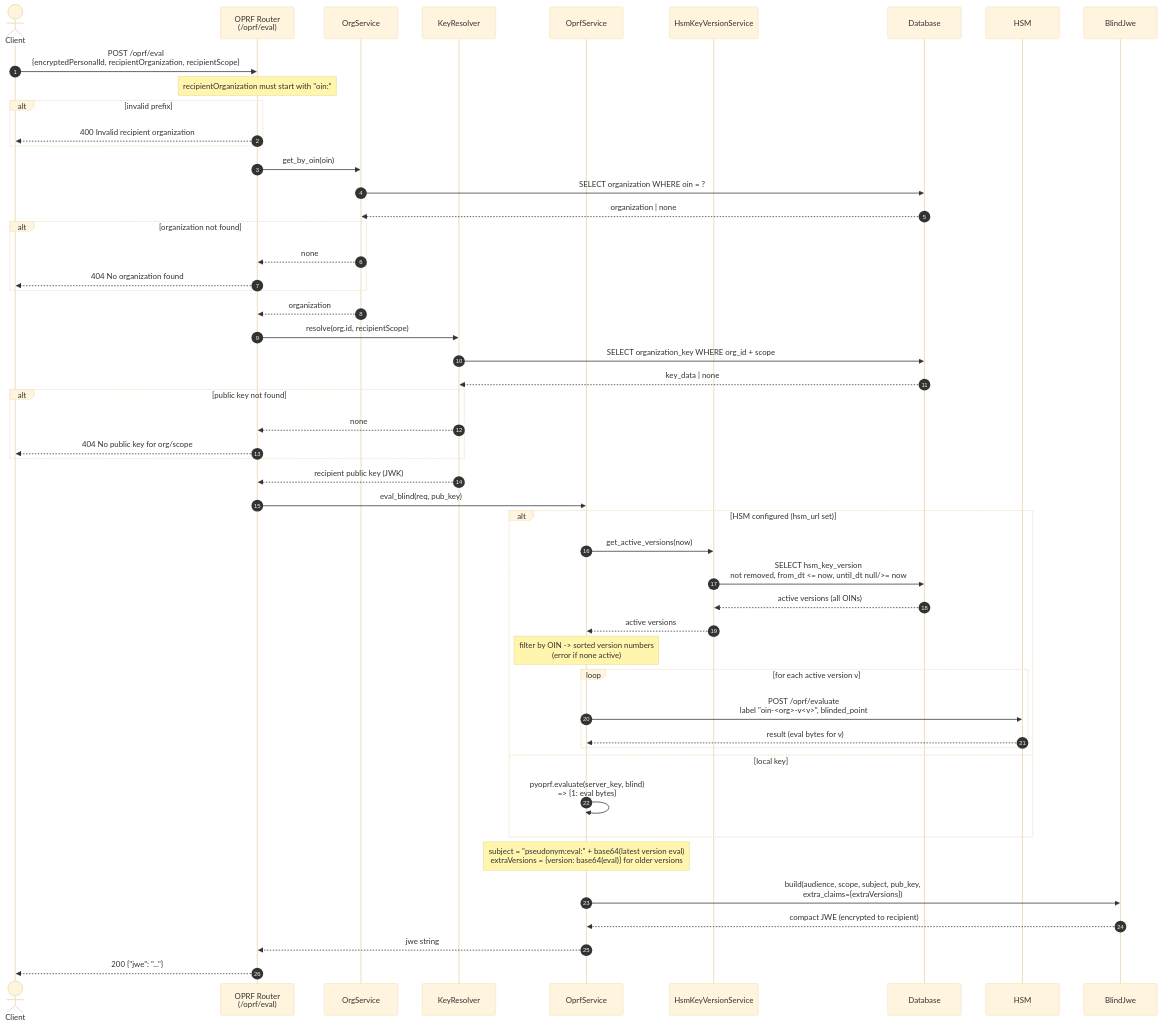
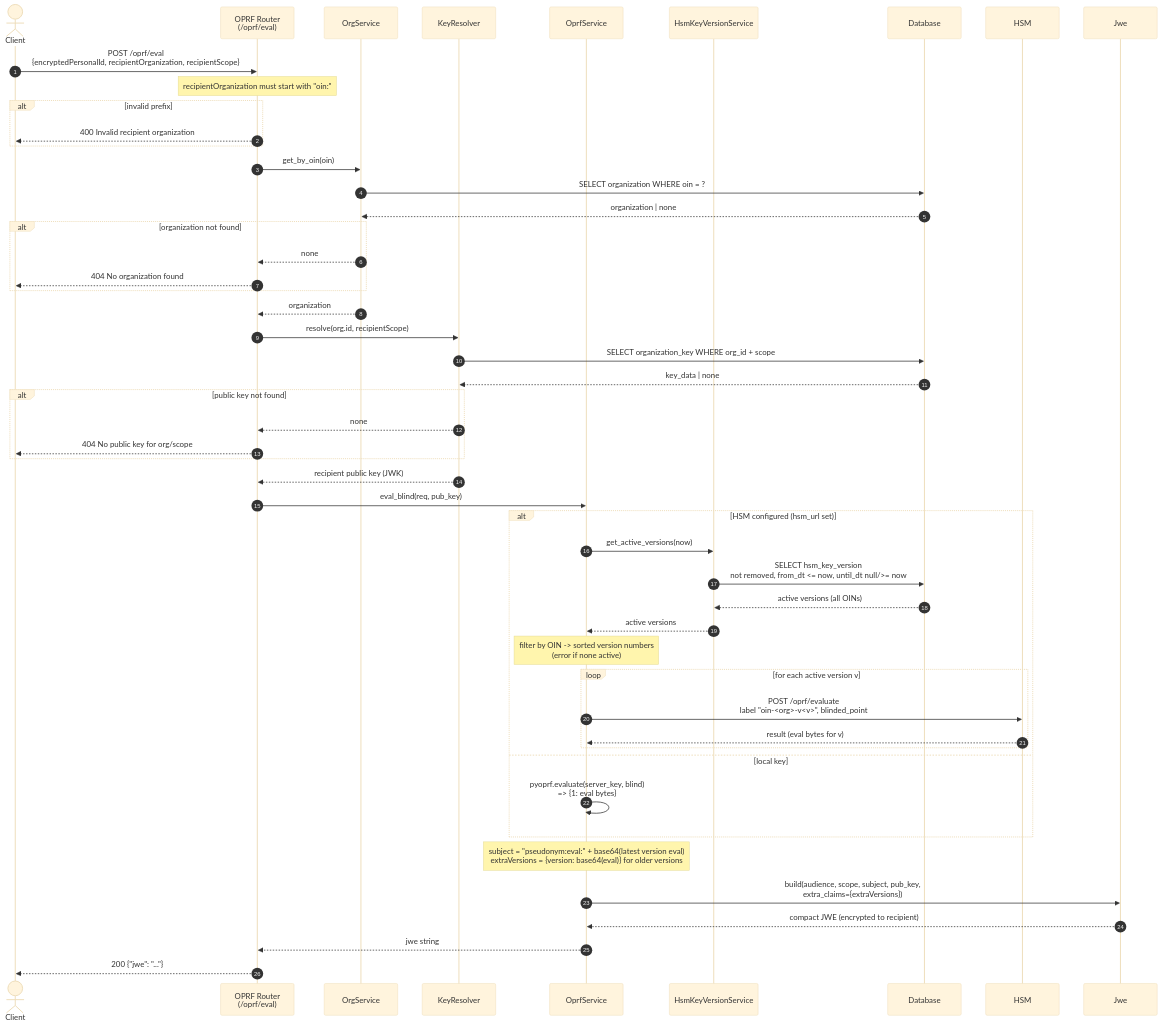
Before and after one commit to minvws/gfmodules-pseudoniemendienst: the diagram in docs/oprf-eval-flow.md, drawn with Mermaid (base theme). The commit also changed 4 other files, not shown here.

````diff
--- a/docs/oprf-eval-flow.md
+++ b/docs/oprf-eval-flow.md
@@ -14,61 +14,61 @@
 ```mermaid
 sequenceDiagram
     autonumber
     actor Client
     participant Router as OPRF Router<br/>(/oprf/eval)
     participant Org as OrgService
     participant Keys as KeyResolver
     participant OPRF as OprfService
     participant Ver as HsmKeyVersionService
     participant DB as Database
     participant HSM as HSM
-    participant JWE as BlindJwe
+    participant JWE as Jwe
 
     Client->>Router: POST /oprf/eval<br/>{encryptedPersonalId, recipientOrganization, recipientScope}
 
     Note over Router: recipientOrganization must start with "oin:"
     alt invalid prefix
         Router-->>Client: 400 Invalid recipient organization
     end
 
     Router->>Org: get_by_oin(oin)
     Org->>DB: SELECT organization WHERE oin = ?
     DB-->>Org: organization | none
     alt organization not found
         Org-->>Router: none
         Router-->>Client: 404 No organization found
     end
     Org-->>Router: organization
 
     Router->>Keys: resolve(org.id, recipientScope)
     Keys->>DB: SELECT organization_key WHERE org_id + scope
     DB-->>Keys: key_data | none
     alt public key not found
         Keys-->>Router: none
         Router-->>Client: 404 No public key for org/scope
     end
     Keys-->>Router: recipient public key (JWK)
 
     Router->>OPRF: eval_blind(req, pub_key)
 
     alt HSM configured (hsm_url set)
         OPRF->>Ver: get_active_versions(now)
         Ver->>DB: SELECT hsm_key_version<br/>not removed, from_dt <= now, until_dt null/>= now
         DB-->>Ver: active versions (all OINs)
         Ver-->>OPRF: active versions
         Note over OPRF: filter by OIN -> sorted version numbers<br/>(error if none active)
         loop for each active version v
             OPRF->>HSM: POST /oprf/evaluate<br/>label "oin-<org>-v<v>", blinded_point
             HSM-->>OPRF: result (eval bytes for v)
         end
     else local key
         OPRF->>OPRF: pyoprf.evaluate(server_key, blind)<br/>=> {1: eval bytes}
     end
 
     Note over OPRF: subject = "pseudonym:eval:" + base64(latest version eval)<br/>extraVersions = {version: base64(eval)} for older versions
     OPRF->>JWE: build(audience, scope, subject, pub_key,<br/>extra_claims={extraVersions})
     JWE-->>OPRF: compact JWE (encrypted to recipient)
     OPRF-->>Router: jwe string
 
     Router-->>Client: 200 {"jwe": "..."}
 ```
````
